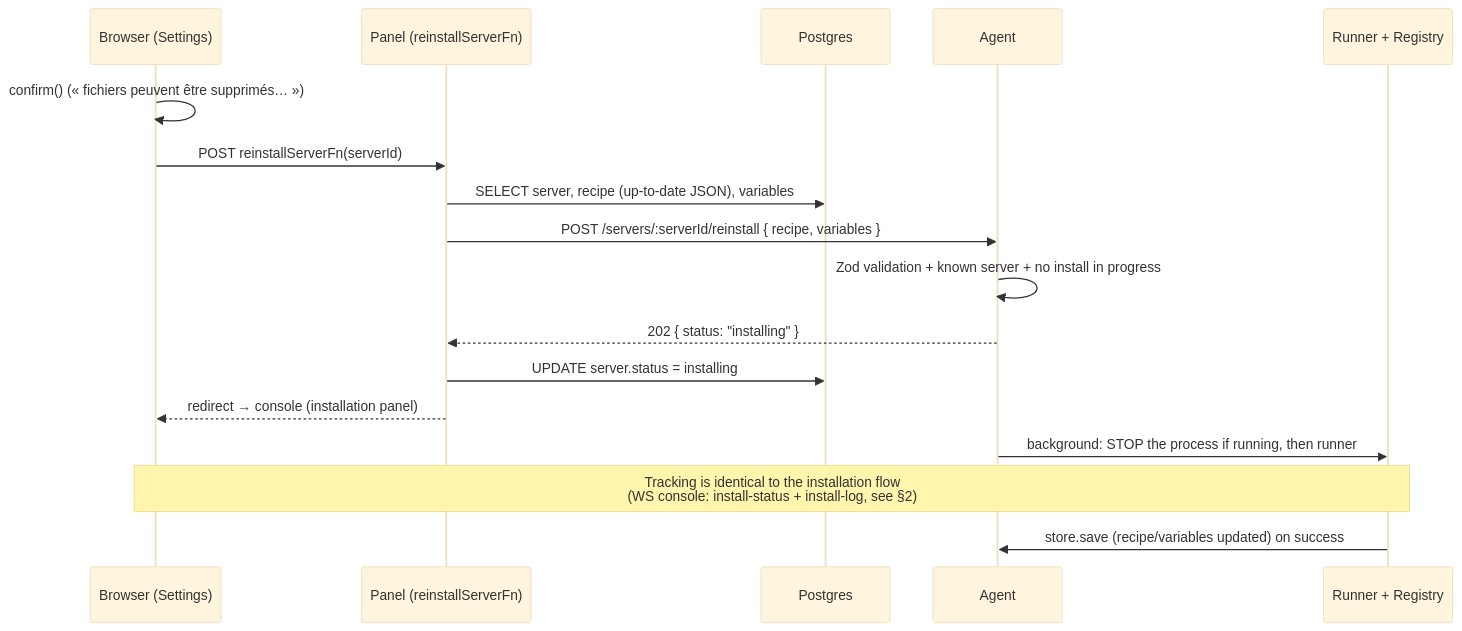
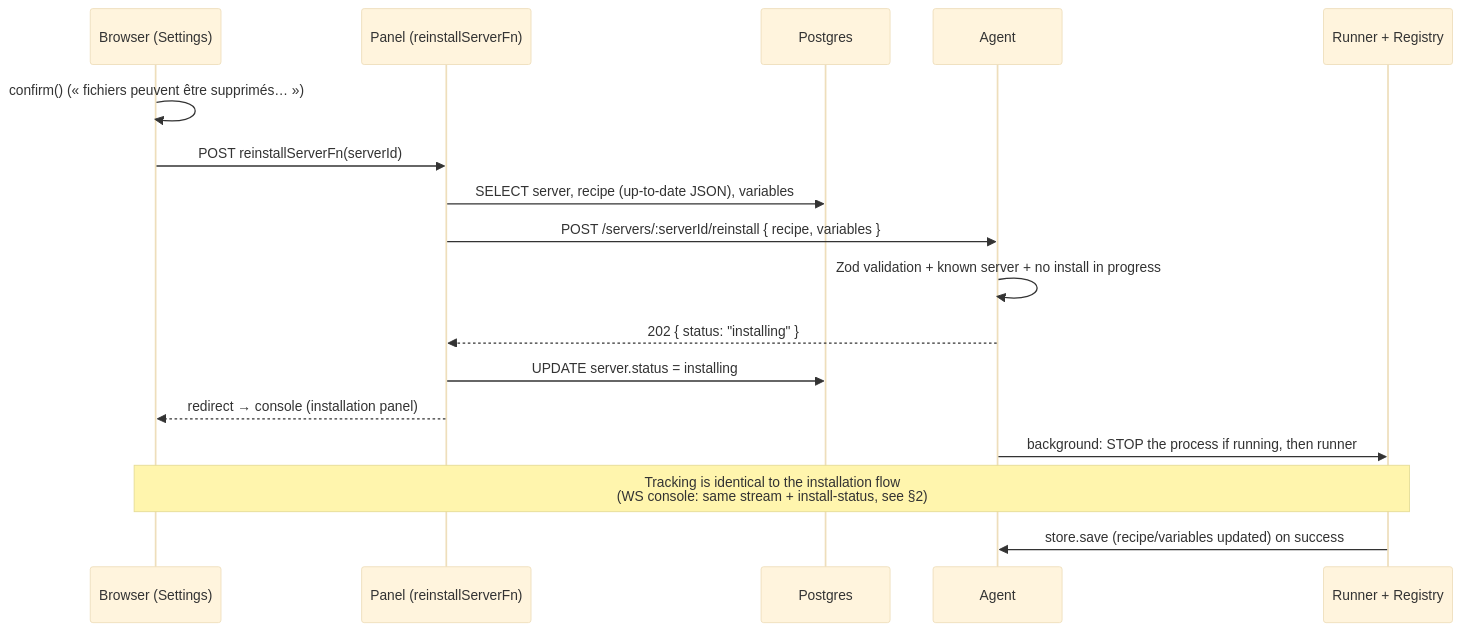
The sixth of 9 diagrams in docs/communications.md (mojito-panel/panel), drawn with Mermaid (base theme) before and after one commit. The commit also changed other lines of this file and 3 other files, not shown here.

````diff
--- a/docs/communications.md
+++ b/docs/communications.md
@@ -214,20 +198,20 @@
 ```mermaid
 sequenceDiagram
     participant N as Browser (Settings)
     participant P as Panel (reinstallServerFn)
     participant D as Postgres
     participant A as Agent
     participant R as Runner + Registry
 
     N->>N: confirm() (« fichiers peuvent être supprimés… »)
     N->>P: POST reinstallServerFn(serverId)
     P->>D: SELECT server, recipe (up-to-date JSON), variables
     P->>A: POST /servers/:serverId/reinstall { recipe, variables }
     A->>A: Zod validation + known server + no install in progress
     A-->>P: 202 { status: "installing" }
     P->>D: UPDATE server.status = installing
     P-->>N: redirect → console (installation panel)
     A->>R: background: STOP the process if running, then runner
-    Note over N,R: Tracking is identical to the installation flow<br/>(WS console: install-status + install-log, see §2)
+    Note over N,R: Tracking is identical to the installation flow<br/>(WS console: same stream + install-status, see §2)
     R->>A: store.save (recipe/variables updated) on success
 ```
````
